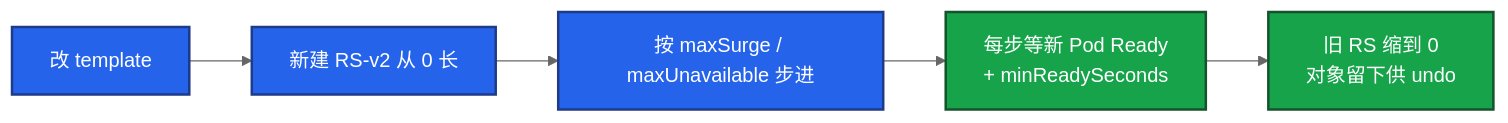
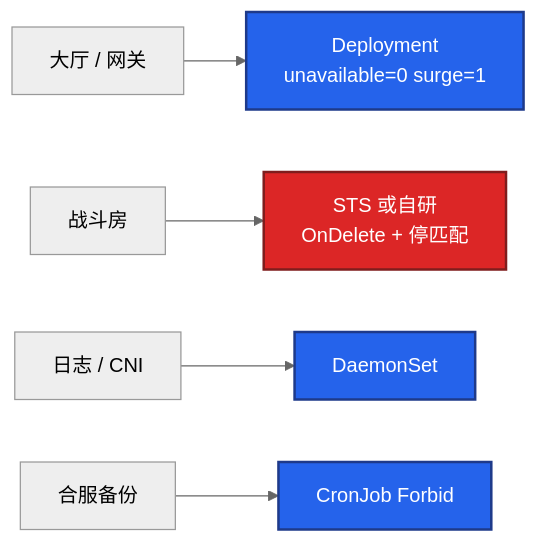
The third of 5 diagrams in 04-Kubernetes/05-工作负载控制器/知识点.md (ml-cuizijun/LearnToLilith), drawn with Mermaid (neutral theme) before and after one commit. The commit also changed other lines of this file and 107 other files, not shown here.

````diff
--- a/04-Kubernetes/05-工作负载控制器/知识点.md
+++ b/04-Kubernetes/05-工作负载控制器/知识点.md
@@ -132,12 +512,12 @@
 ```mermaid
 flowchart LR
-    a[改 template] --> b[新建 RS-v2 从 0 长]
-    b --> c[按 maxSurge / maxUnavailable 步进]
-    c --> d[每步等新 Pod Ready<br/>+ minReadySeconds]
-    d --> e[旧 RS 缩到 0<br/>对象留下供 undo]
+    lobby[大厅 / 网关] --> d1[Deployment<br/>unavailable=0 surge=1]
+    battle[战斗房] --> s1[STS 或自研<br/>OnDelete + 停匹配]
+    log[日志 / CNI] --> ds1[DaemonSet]
+    backup[合服备份] --> cj1[CronJob Forbid]
 
     classDef a fill:#2563EB,stroke:#1E3A8A,stroke-width:2px,color:#fff
-    classDef b fill:#16A34A,stroke:#14532D,stroke-width:2px,color:#fff
-    class a,b,c a
-    class d,e b
+    classDef b fill:#DC2626,stroke:#7F1D1D,stroke-width:2px,color:#fff
+    class d1,ds1,cj1 a
+    class s1 b
 ```
````
